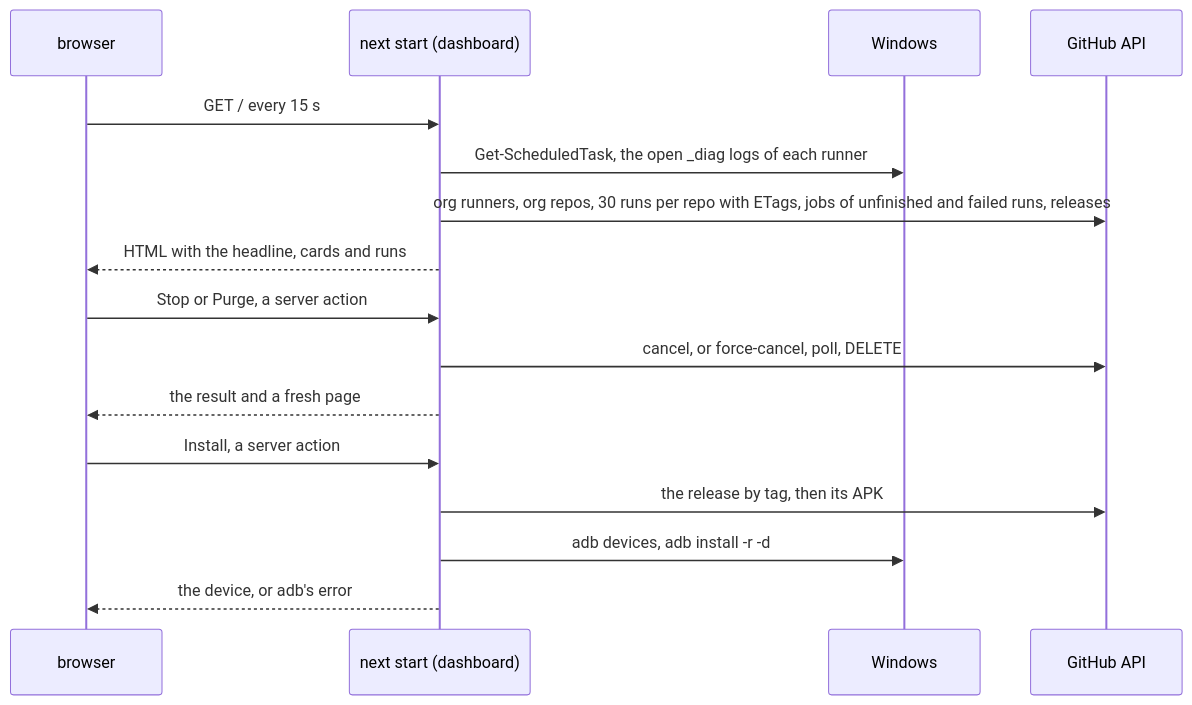
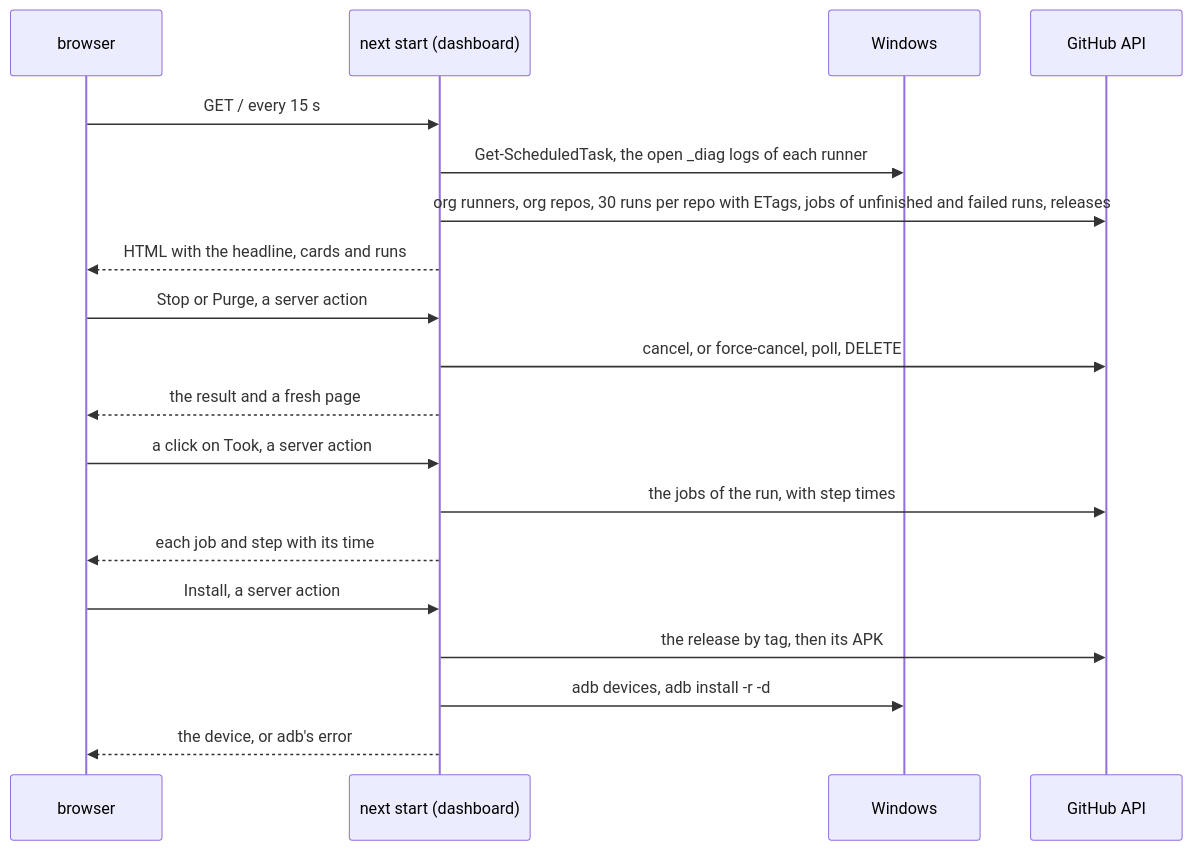
Before and after one commit to workbench-soft/local-ci: the third of 3 diagrams in docs/architecture.md, drawn with Mermaid. The commit also changed other lines of this file and 3 other files, not shown here.

Commit message:
docs: run times in Latest runs

````diff
--- a/docs/architecture.md
+++ b/docs/architecture.md
@@ -119,18 +124,21 @@
 ```mermaid
 sequenceDiagram
   participant B as browser
   participant N as next start (dashboard)
   participant W as Windows
   participant G as GitHub API
   B->>N: GET / every 15 s
   N->>W: Get-ScheduledTask, the open _diag logs of each runner
   N->>G: org runners, org repos, 30 runs per repo with ETags, jobs of unfinished and failed runs, releases
   N-->>B: HTML with the headline, cards and runs
   B->>N: Stop or Purge, a server action
   N->>G: cancel, or force-cancel, poll, DELETE
   N-->>B: the result and a fresh page
+  B->>N: a click on Took, a server action
+  N->>G: the jobs of the run, with step times
+  N-->>B: each job and step with its time
   B->>N: Install, a server action
   N->>G: the release by tag, then its APK
   N->>W: adb devices, adb install -r -d
   N-->>B: the device, or adb's error
 ```
````
